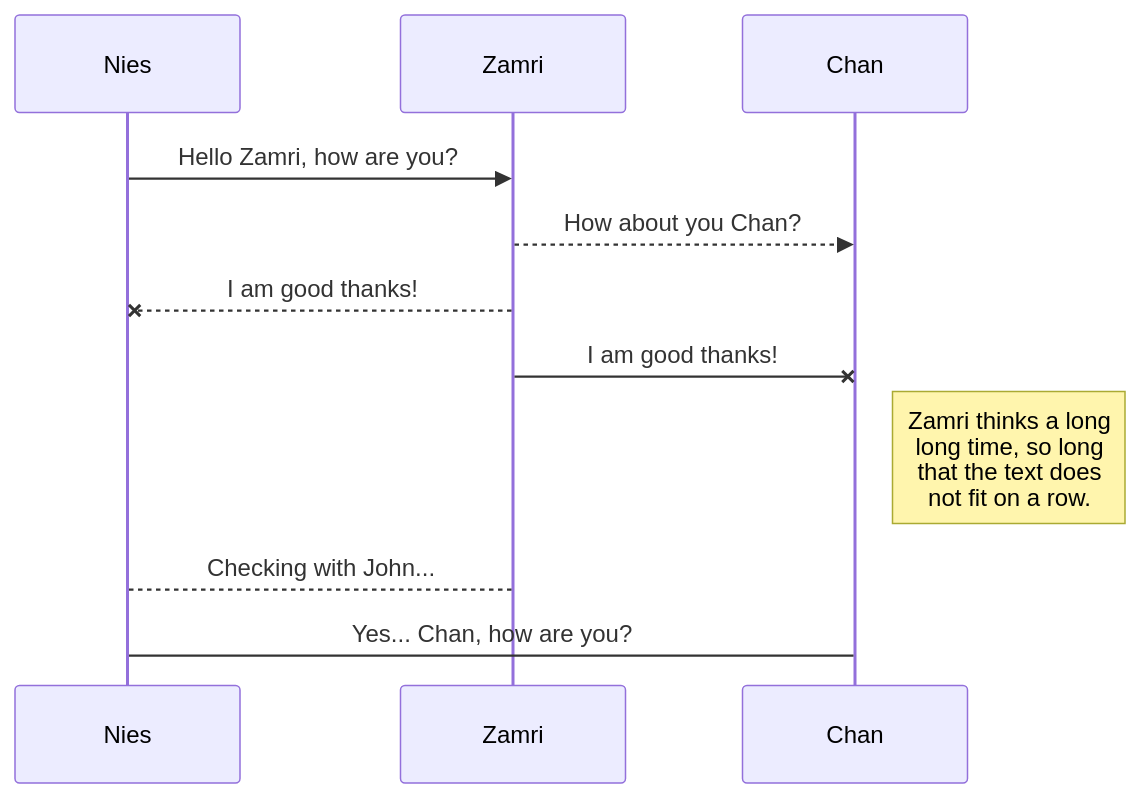
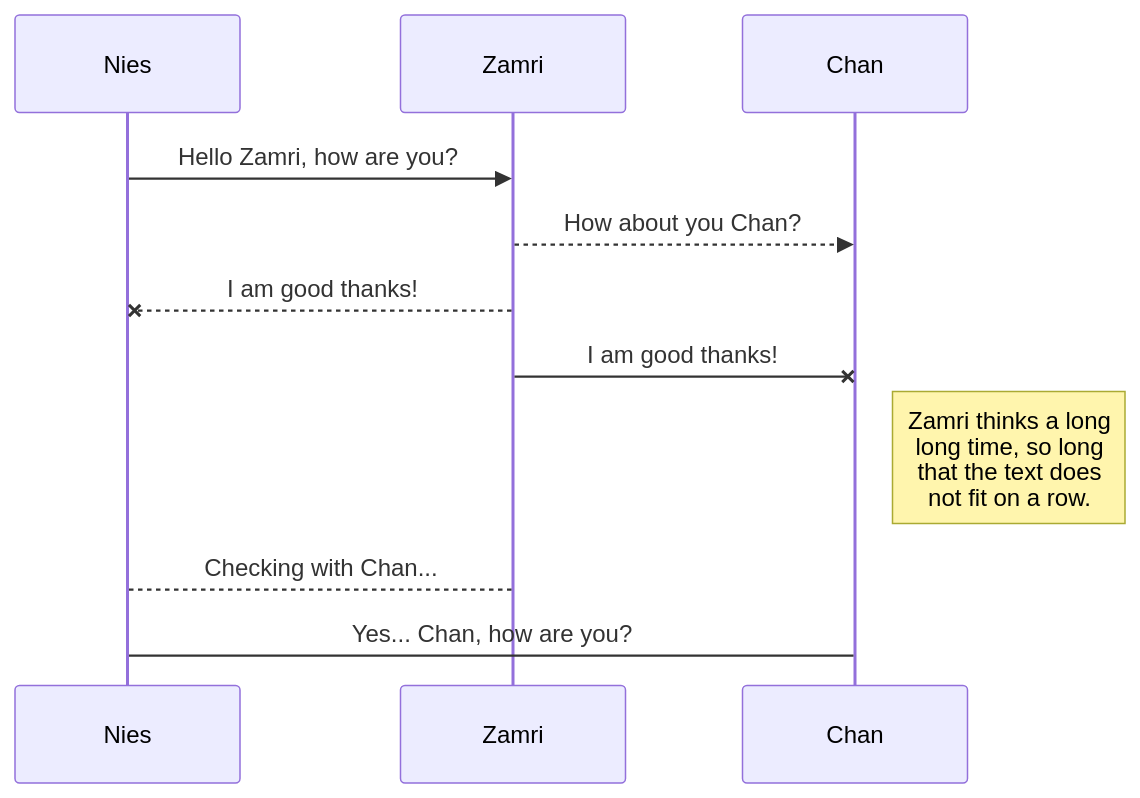
One commit to drshahizan/learn-github changed the diagram in exercise/cwenghowe/uml.md. Above: the diagram before and after it, drawn with Mermaid.

````diff
--- a/exercise/cwenghowe/uml.md
+++ b/exercise/cwenghowe/uml.md
@@ -5,11 +5,11 @@
 ```mermaid
 sequenceDiagram
 Nies ->> Zamri: Hello Zamri, how are you?
 Zamri-->>Chan: How about you Chan?
 Zamri--x Nies: I am good thanks!
 Zamri-x Chan: I am good thanks!
 Note right of Chan: Zamri thinks a long<br/>long time, so long<br/>that the text does<br/>not fit on a row.
 
-Zamri-->Nies: Checking with John...
+Zamri-->Nies: Checking with Chan...
 Nies->Chan: Yes... Chan, how are you?
 ```
````
